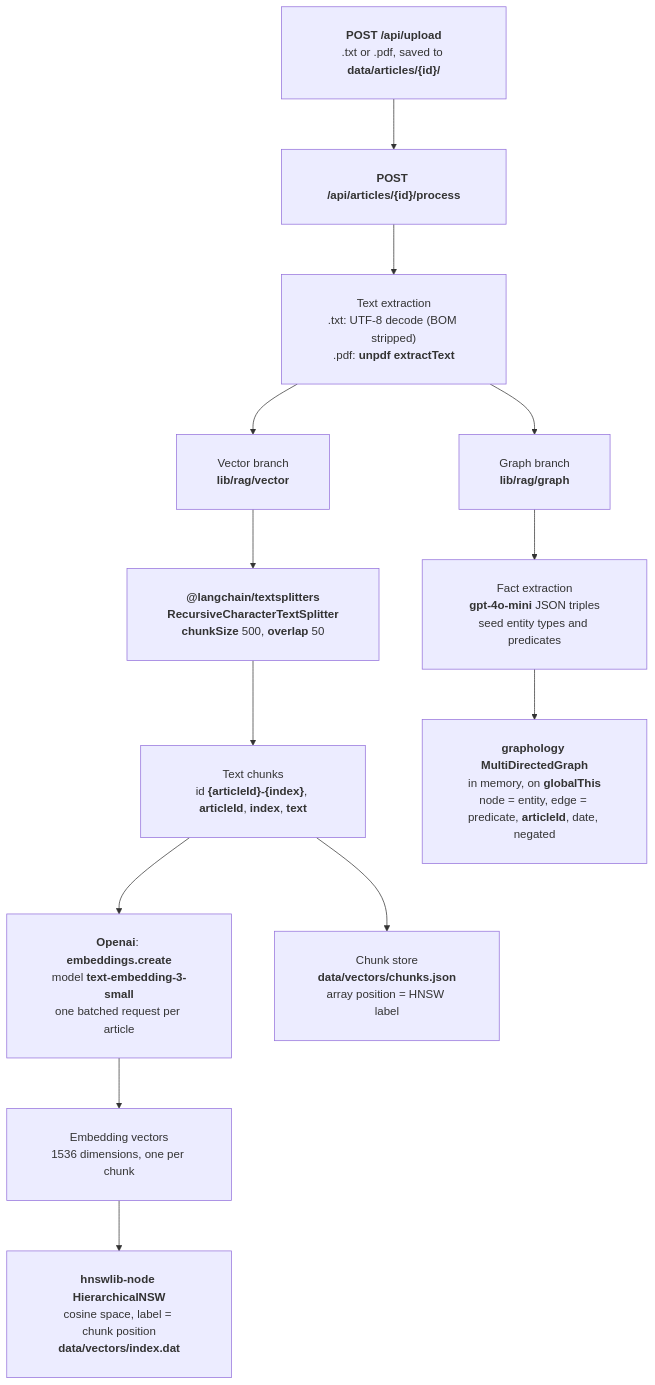
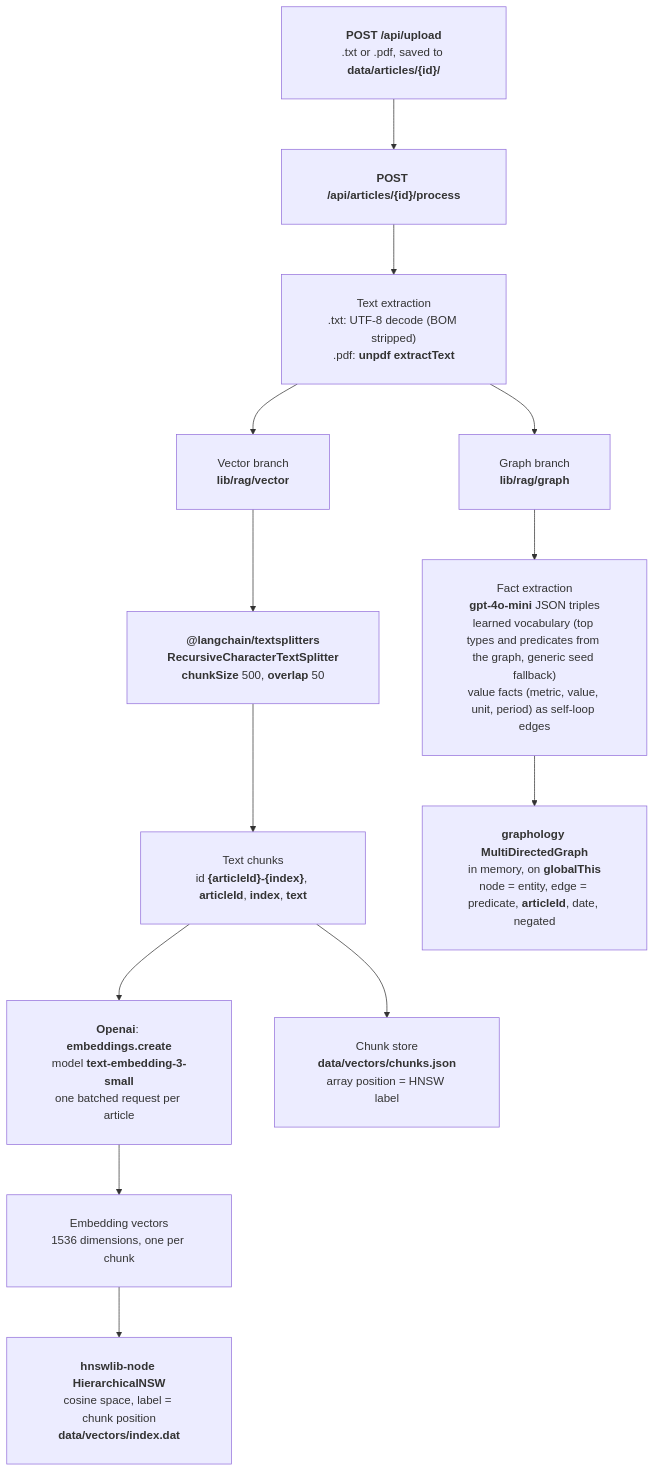
Before and after one commit to NickRumenov1/next-insights-rag: the first of 2 diagrams in Architecture.md, drawn with Mermaid. The commit also changed other lines of this file and 13 other files, not shown here.

````diff
--- a/Architecture.md
+++ b/Architecture.md
@@ -21,18 +21,18 @@
 ```mermaid
 %%{init: {"themeVariables": {"fontSize": "26"}, "flowchart": {"padding": 28, "nodeSpacing": 60, "rankSpacing": 70}}}%%
 flowchart TD
     Upload["<b>POST /api/upload</b><br/>.txt or .pdf, saved to <b>data/articles/{id}/</b>"] --> Process["<b>POST /api/articles/{id}/process</b>"]
     Process --> Extract["Text extraction<br/>.txt: UTF-8 decode (BOM stripped)<br/>.pdf: <b>unpdf</b> <b>extractText</b>"]
     Extract --> VectorBranch["Vector branch<br/><b>lib/rag/vector</b>"]
     Extract --> GraphBranch["Graph branch<br/><b>lib/rag/graph</b>"]
 
     VectorBranch --> Splitter["<b>@langchain/textsplitters</b><br/><b>RecursiveCharacterTextSplitter</b><br/><b>chunkSize</b> 500, <b>overlap</b> 50"]
     Splitter --> Chunks["Text chunks<br/>id <b>{articleId}-{index}</b>, <b>articleId</b>, <b>index</b>, <b>text</b>"]
     Chunks --> Embedder["<b>Openai</b>: <b>embeddings.create</b><br/>model <b>text-embedding-3-small</b><br/>one batched request per article"]
     Embedder --> Vectors["Embedding vectors<br/>1536 dimensions, one per chunk"]
     Vectors --> HnswIndex["<b>hnswlib-node</b> <b>HierarchicalNSW</b><br/>cosine space, label = chunk position<br/><b>data/vectors/index.dat</b>"]
     Chunks --> ChunksFile["Chunk store<br/><b>data/vectors/chunks.json</b><br/>array position = HNSW label"]
 
-    GraphBranch --> Facts["Fact extraction<br/><b>gpt-4o-mini</b> JSON triples<br/>seed entity types and predicates"]
+    GraphBranch --> Facts["Fact extraction<br/><b>gpt-4o-mini</b> JSON triples<br/>learned vocabulary (top types and predicates from the graph, generic seed fallback)<br/>value facts (metric, value, unit, period) as self-loop edges"]
     Facts --> GraphStore["<b>graphology</b> <b>MultiDirectedGraph</b><br/>in memory, on <b>globalThis</b><br/>node = entity, edge = predicate, <b>articleId</b>, date, negated"]
 ```
````
